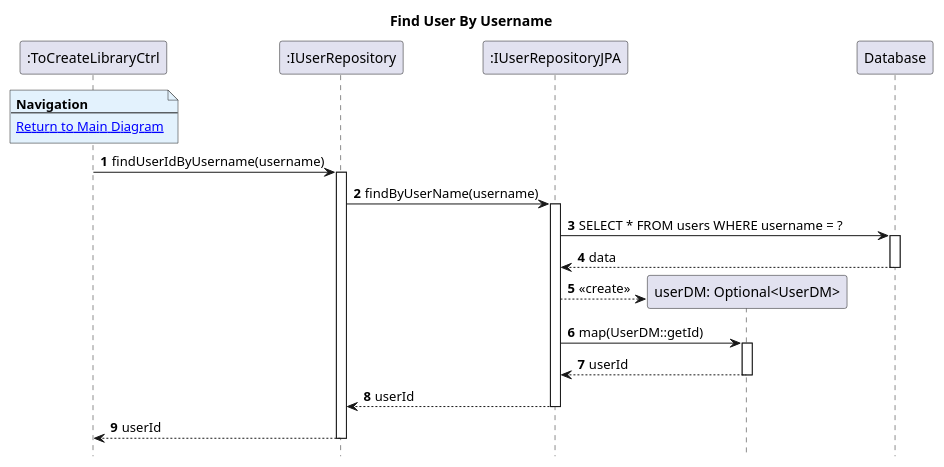
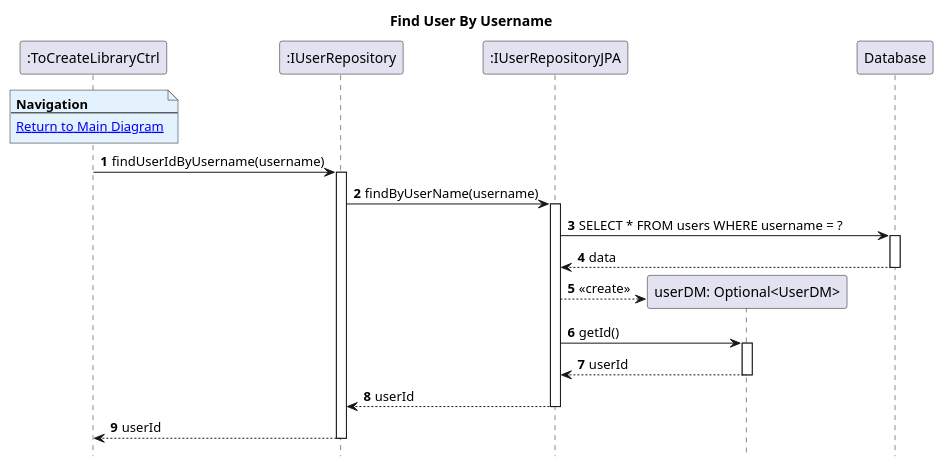
One commit to AndrePereiraGitH/SWitCH-Project-Team_A changed the diagram in Diagrams/SequenceDiagrams/N2/To-Create-Library/2.FindUserByUsername.puml. Above: the diagram before and after it, drawn with PlantUML. The commit also changed 4 other files, not shown here.

```diff
--- a/Diagrams/SequenceDiagrams/N2/To-Create-Library/2.FindUserByUsername.puml
+++ b/Diagrams/SequenceDiagrams/N2/To-Create-Library/2.FindUserByUsername.puml
@@ -1,41 +1,41 @@
 @startuml
 hide footbox
 autonumber
 title Find User By Username
 
 participant ":ToCreateLibraryCtrl" as Ctrl
 participant ":IUserRepository" as userRepo
 participant ":IUserRepositoryJPA" as userJpa
 participant "userDM: Optional<UserDM>" as userDM
 participant "Database" as db
 
 note over Ctrl #E3F2FD
 <b>Navigation</b>
 ---
 [[1.MainDiagram.puml Return to Main Diagram]]
 end note
 
 Ctrl -> userRepo: findUserIdByUsername(username)
 activate userRepo
 
 userRepo -> userJpa: findByUserName(username)
 activate userJpa
 
 userJpa -> db: SELECT * FROM users WHERE username = ?
 activate db
 db --> userJpa: data
 deactivate db
 
 userJpa --> userDM**: <<create>>
-userJpa -> userDM: map(UserDM::getId)
+userJpa -> userDM: getId()
 activate userDM
 userDM --> userJpa: userId
 deactivate userDM
 
 userJpa --> userRepo: userId
 deactivate userJpa
 
 userRepo --> Ctrl: userId
 deactivate userRepo
 
 @enduml
```
